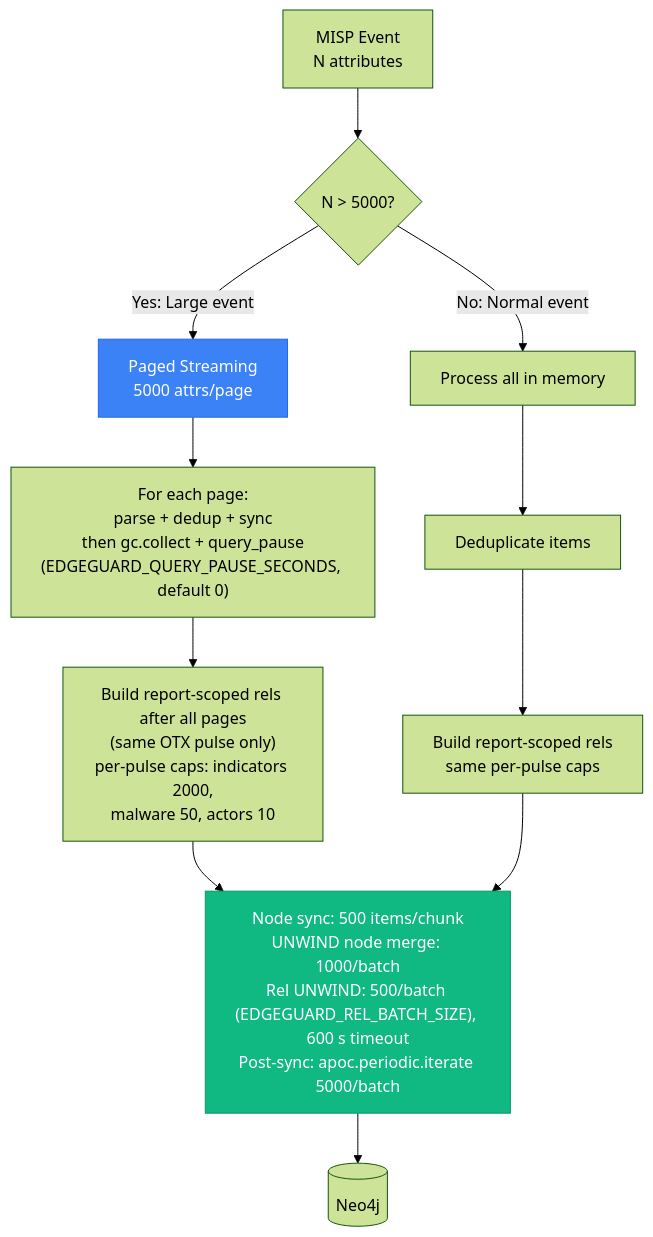
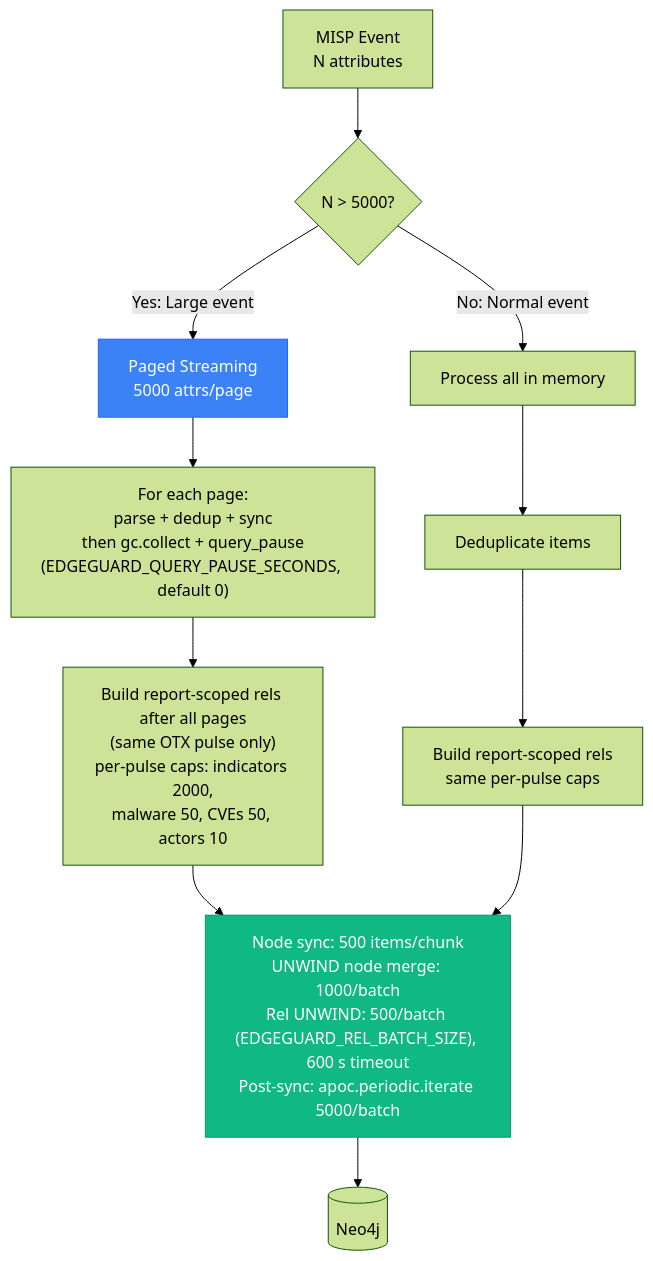
One commit to Kopanov/EdgeGuard-Knowledge-Graph changed the seventh of 8 diagrams in docs/ARCHITECTURE_DIAGRAMS.md. Above: the diagram before and after it, drawn with Mermaid (forest theme). The commit also changed other lines of this file and 47 other files, not shown here.

First line of the commit message:
feat: link indicators to the CVEs named in the same OTX report; USES_TECHNIQUE wording (#244)

````diff
--- a/docs/ARCHITECTURE_DIAGRAMS.md
+++ b/docs/ARCHITECTURE_DIAGRAMS.md
@@ -273,19 +278,19 @@
 ```mermaid
 flowchart TD
     EVENT[MISP Event<br/>N attributes] --> CHECK{N > 5000?}
 
     CHECK -->|Yes: Large event| PAGED[Paged Streaming<br/>5000 attrs/page]
     CHECK -->|No: Normal event| NORMAL[Process all in memory]
 
     PAGED --> PAGE_LOOP["For each page:<br/>parse + dedup + sync<br/>then gc.collect + query_pause<br/>(EDGEGUARD_QUERY_PAUSE_SECONDS, default 0)"]
-    PAGE_LOOP --> BUILD_REL_P["Build report-scoped rels after all pages<br/>(same OTX pulse only)<br/>per-pulse caps: indicators 2000,<br/>malware 50, actors 10"]
+    PAGE_LOOP --> BUILD_REL_P["Build report-scoped rels after all pages<br/>(same OTX pulse only)<br/>per-pulse caps: indicators 2000,<br/>malware 50, CVEs 50, actors 10"]
 
     NORMAL --> DEDUP_N[Deduplicate items]
     DEDUP_N --> BUILD_REL_N["Build report-scoped rels<br/>same per-pulse caps"]
 
     BUILD_REL_P & BUILD_REL_N --> CHUNK["Node sync: 500 items/chunk<br/>UNWIND node merge: 1000/batch<br/>Rel UNWIND: 500/batch (EDGEGUARD_REL_BATCH_SIZE), 600 s timeout<br/>Post-sync: apoc.periodic.iterate 5000/batch"]
     CHUNK --> NEO4J[(Neo4j)]
 
     style PAGED fill:#3b82f6,stroke:#2563eb,color:#fff
     style CHUNK fill:#10b981,stroke:#059669,color:#fff
 ```
````
